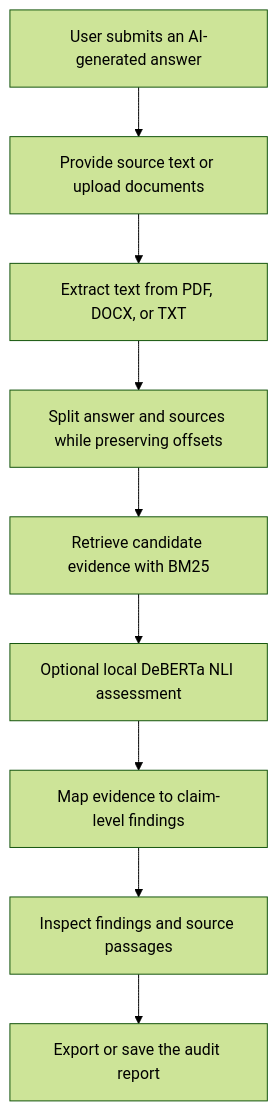
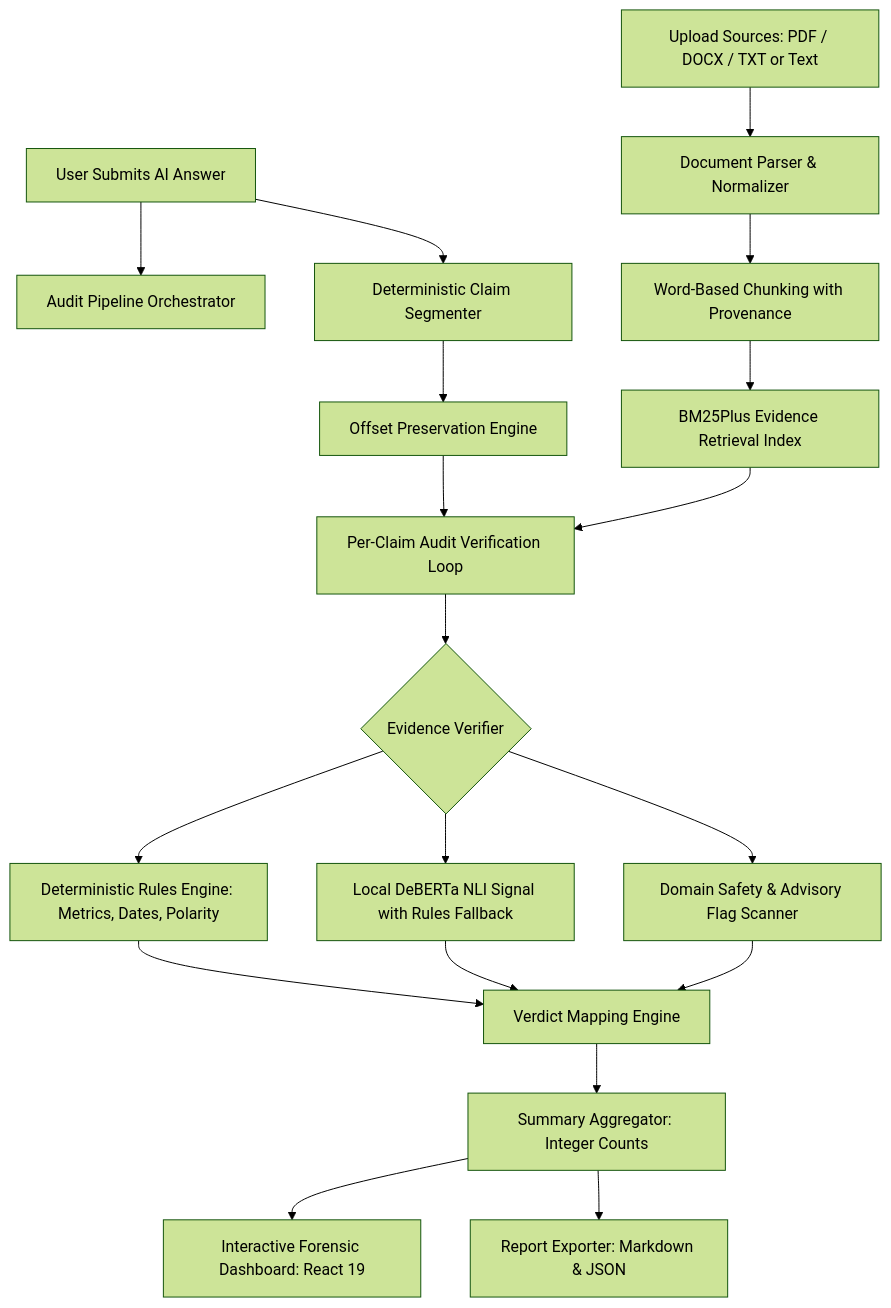
The diagram in README.md (sheldonvibinonmusic/ViSiON-QUEST_college_round), drawn with Mermaid (forest theme) before and after one commit. The commit also changed other lines of this file and 35 other files, not shown here.

First line of the commit message:
feat: complete Second Opinion pipeline, forensic UI, test suites, and verified docs (Phases 3-6)

````diff
--- a/README.md
+++ b/README.md
@@ -21,11 +41,21 @@
 ```mermaid
 flowchart TD
-    A[User submits an AI-generated answer] --> B[Provide source text or upload documents]
-    B --> C[Extract text from PDF, DOCX, or TXT]
-    C --> D[Split answer and sources while preserving offsets]
-    D --> E[Retrieve candidate evidence with BM25]
-    E --> F[Optional local DeBERTa NLI assessment]
-    F --> G[Map evidence to claim-level findings]
-    G --> H[Inspect findings and source passages]
-    H --> I[Export or save the audit report]
+    A[User Submits AI Answer] --> C[Audit Pipeline Orchestrator]
+    B[Upload Sources: PDF / DOCX / TXT or Text] --> D[Document Parser & Normalizer]
+    D --> E[Word-Based Chunking with Provenance]
+    E --> F[BM25Plus Evidence Retrieval Index]
+    A --> G[Deterministic Claim Segmenter]
+    G --> H[Offset Preservation Engine]
+    H --> I[Per-Claim Audit Verification Loop]
+    F --> I
+    I --> J{Evidence Verifier}
+    J --> K[Deterministic Rules Engine: Metrics, Dates, Polarity]
+    J --> L[Local DeBERTa NLI Signal with Rules Fallback]
+    J --> M[Domain Safety & Advisory Flag Scanner]
+    K --> N[Verdict Mapping Engine]
+    L --> N
+    M --> N
+    N --> O[Summary Aggregator: Integer Counts]
+    O --> P[Interactive Forensic Dashboard: React 19]
+    O --> Q[Report Exporter: Markdown & JSON]
 ```
````
